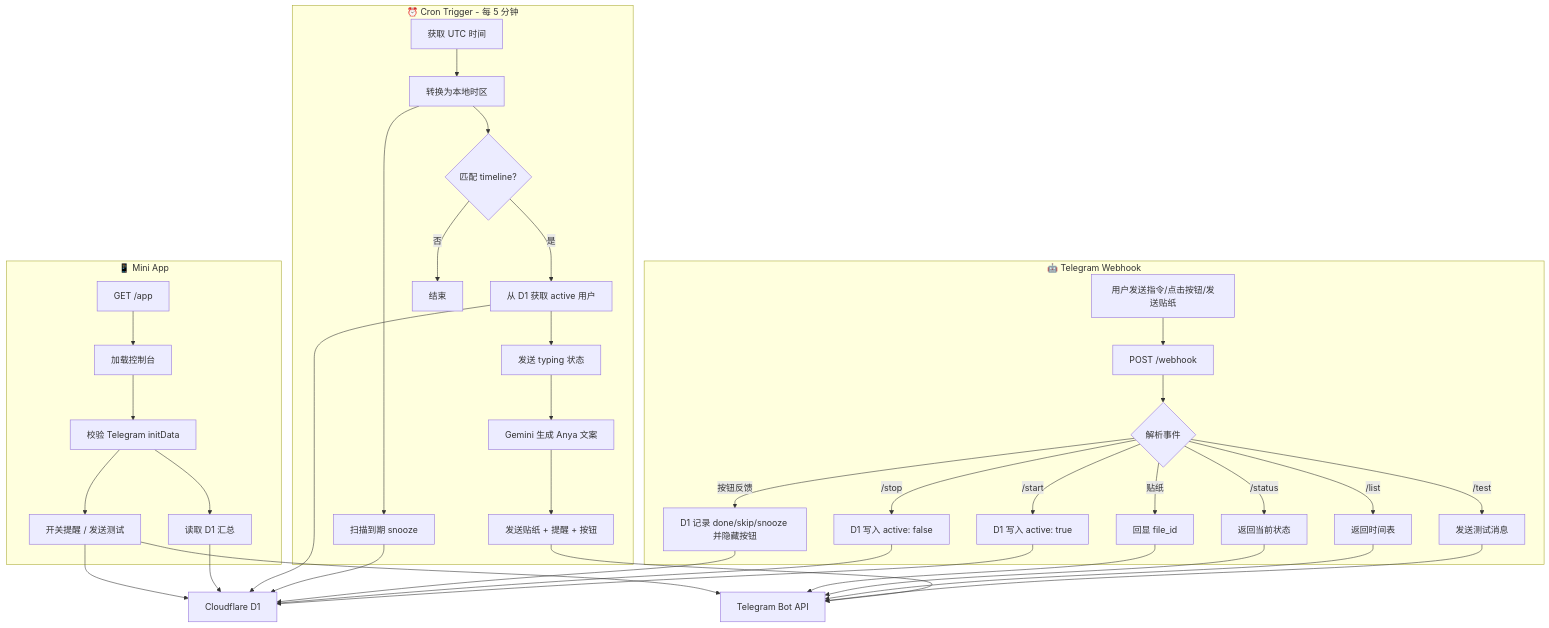
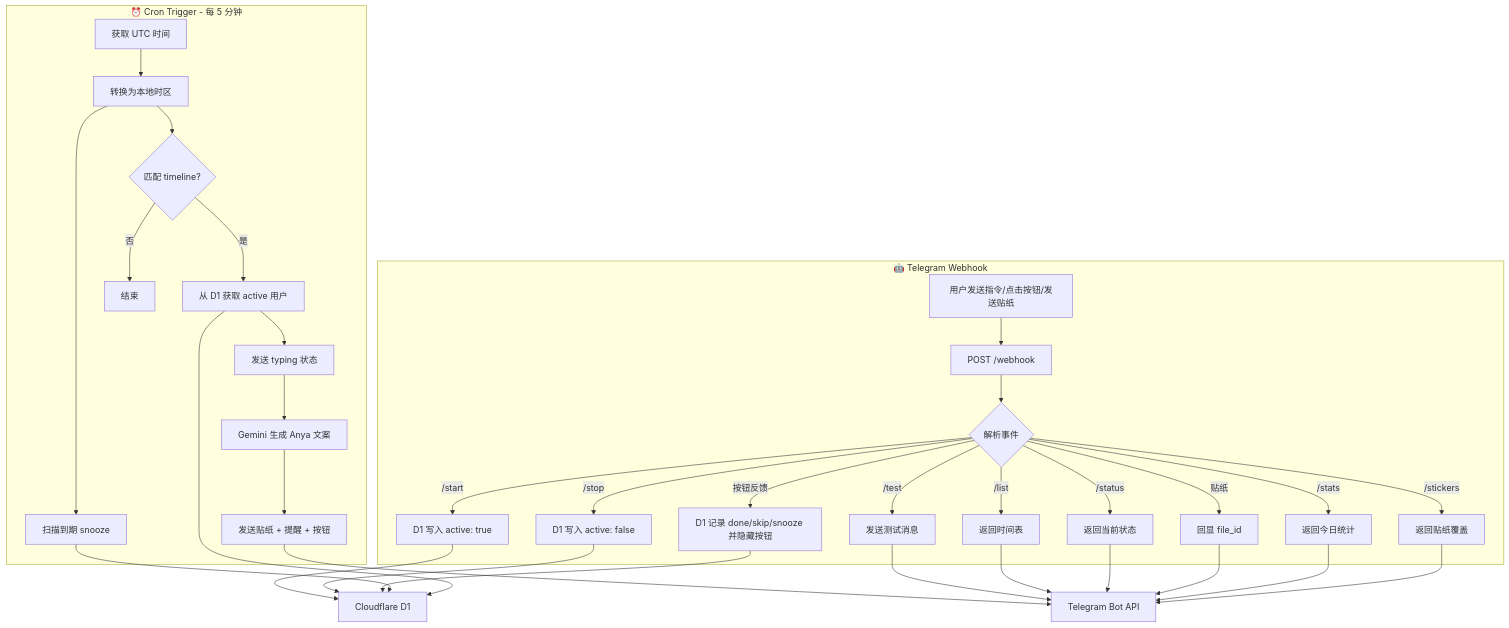
One commit to aouos/reminder-bot changed the diagram in README.md. Above: the diagram before and after it, drawn with Mermaid. The commit also changed other lines of this file and 6 other files, not shown here.

Commit message:
feat: Update commands and remove Mini App console; add statistics and sticker scene commands

````diff
--- a/README.md
+++ b/README.md
@@ -223,39 +204,32 @@
 ```mermaid
 flowchart TB
     subgraph cron["⏰ Cron Trigger - 每 5 分钟"]
         C1[获取 UTC 时间] --> C2[转换为本地时区]
         C2 --> C0[扫描到期 snooze]
         C2 --> C3{匹配 timeline?}
         C3 -->|是| C4[从 D1 获取 active 用户]
         C4 --> C5[发送 typing 状态]
         C5 --> C6[Gemini 生成 Anya 文案]
         C6 --> C7[发送贴纸 + 提醒 + 按钮]
         C3 -->|否| C8[结束]
     end
 
     subgraph webhook["🤖 Telegram Webhook"]
         W1[用户发送指令/点击按钮/发送贴纸] --> W2[POST /webhook]
         W2 --> W3{解析事件}
         W3 -->|/start| W4[D1 写入 active: true]
         W3 -->|/stop| W5[D1 写入 active: false]
         W3 -->|/test| W6[发送测试消息]
         W3 -->|/list| W7[返回时间表]
         W3 -->|/status| W8[返回当前状态]
+        W3 -->|/stats| W11[返回今日统计]
+        W3 -->|/stickers| W12[返回贴纸覆盖]
         W3 -->|按钮反馈| W9[D1 记录 done/skip/snooze 并隐藏按钮]
         W3 -->|贴纸| W10[回显 file_id]
     end
 
-    subgraph miniapp["📱 Mini App"]
-        A1[GET /app] --> A2[加载控制台]
-        A2 --> A3[校验 Telegram initData]
-        A3 --> A4[读取 D1 汇总]
-        A3 --> A5[开关提醒 / 发送测试]
-    end
-
     C7 --> TG[Telegram Bot API]
     W4 & W5 & W9 --> D1[Cloudflare D1]
-    W6 & W7 & W8 & W10 --> TG
+    W6 & W7 & W8 & W10 & W11 & W12 --> TG
     C0 & C4 --> D1
-    A4 & A5 --> D1
-    A5 --> TG
 ```
````
